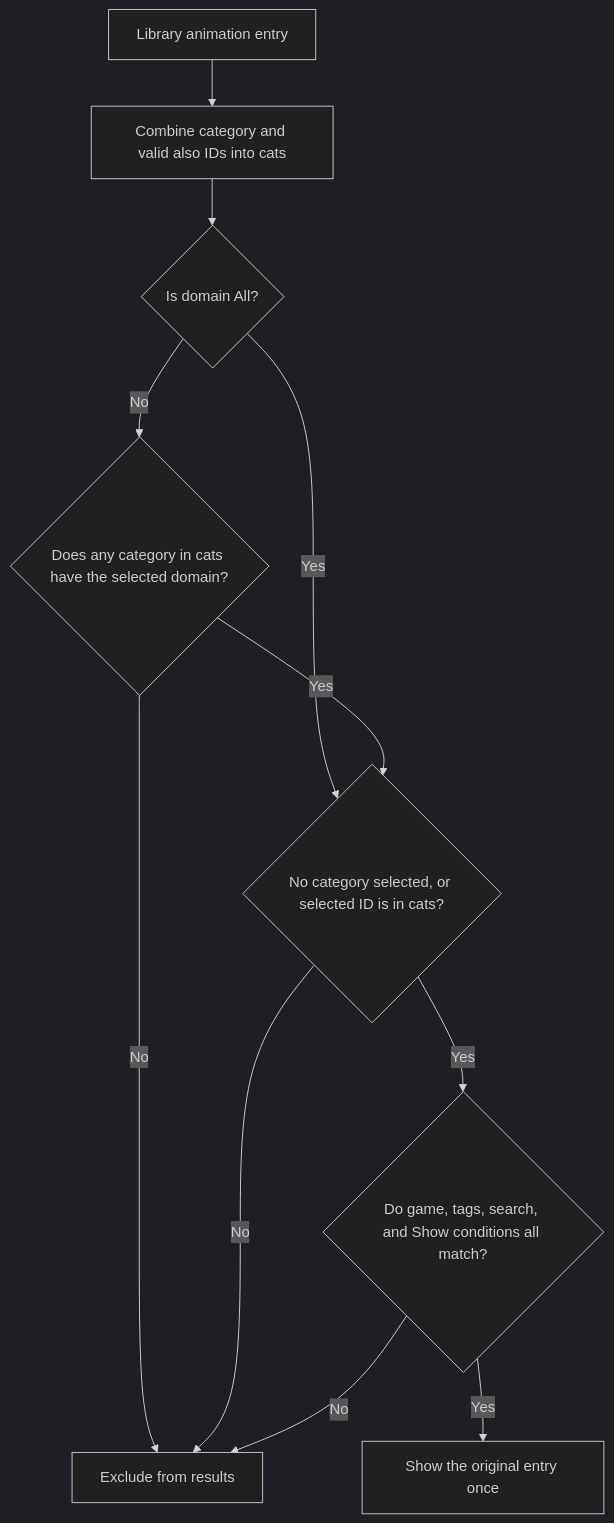
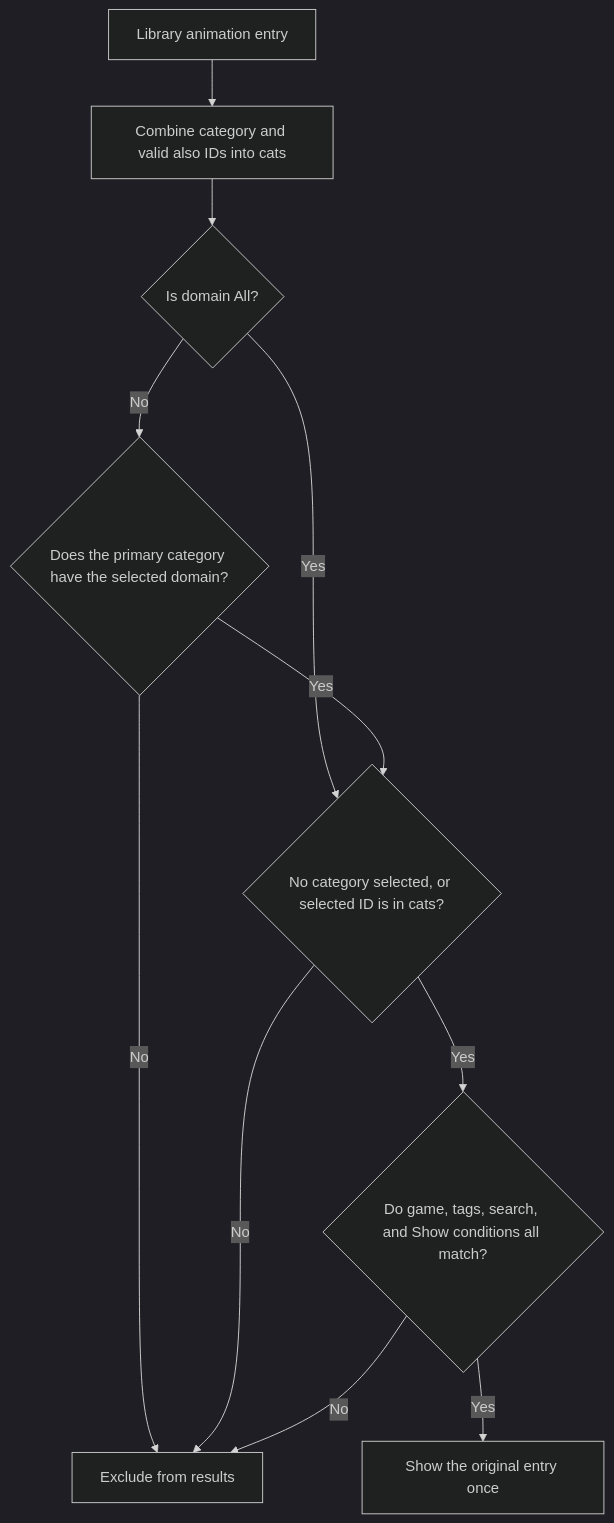
The third of 3 diagrams in docs/architectgure/architecture.md (AtomechLLC/game-animation-library), drawn with Mermaid (dark theme) before and after one commit. The commit also changed other lines of this file and 1 other file, not shown here.

Commit message:
fix: apply exclusive domain filters

````diff
--- a/docs/architectgure/architecture.md
+++ b/docs/architectgure/architecture.md
@@ -169,13 +169,13 @@
 ```mermaid
 flowchart TD
     A["Library animation entry"] --> C["Combine category and valid also IDs into cats"]
     C --> D{"Is domain All?"}
     D -->|Yes| K{"No category selected, or selected ID is in cats?"}
-    D -->|No| M{"Does any category in cats have the selected domain?"}
+    D -->|No| M{"Does the primary category have the selected domain?"}
     M -->|Yes| K
     M -->|No| H["Exclude from results"]
     K -->|No| H
     K -->|Yes| F{"Do game, tags, search, and Show conditions all match?"}
     F -->|No| H
     F -->|Yes| R["Show the original entry once"]
 ```
````
